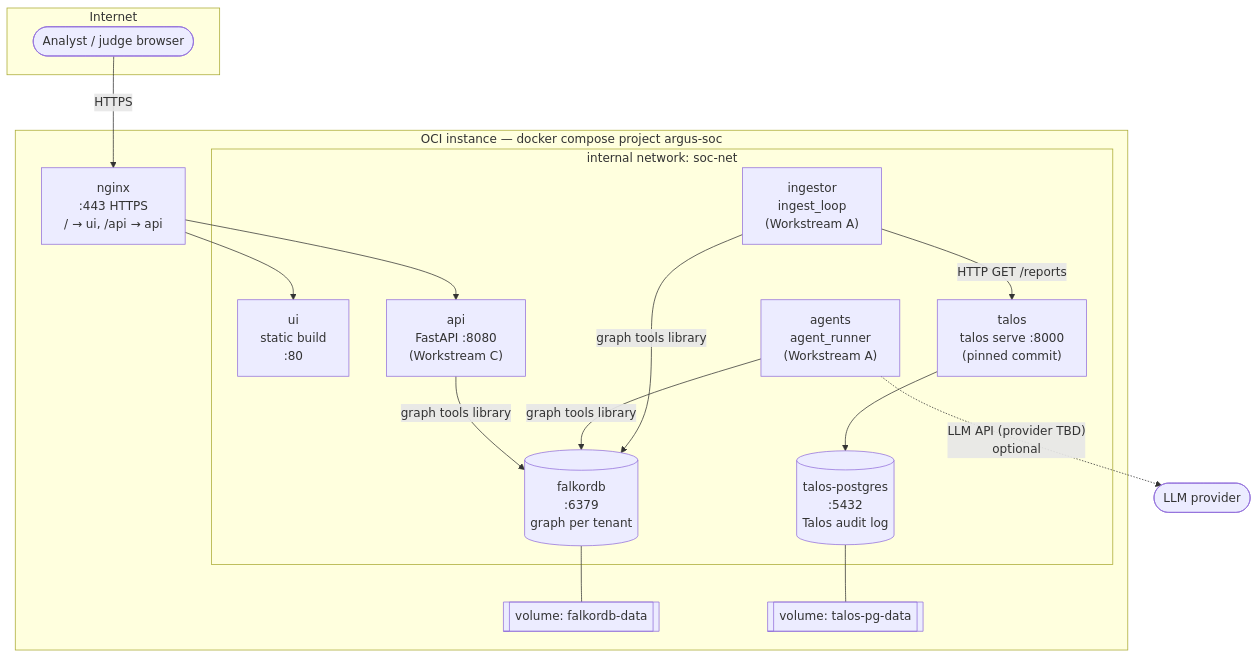
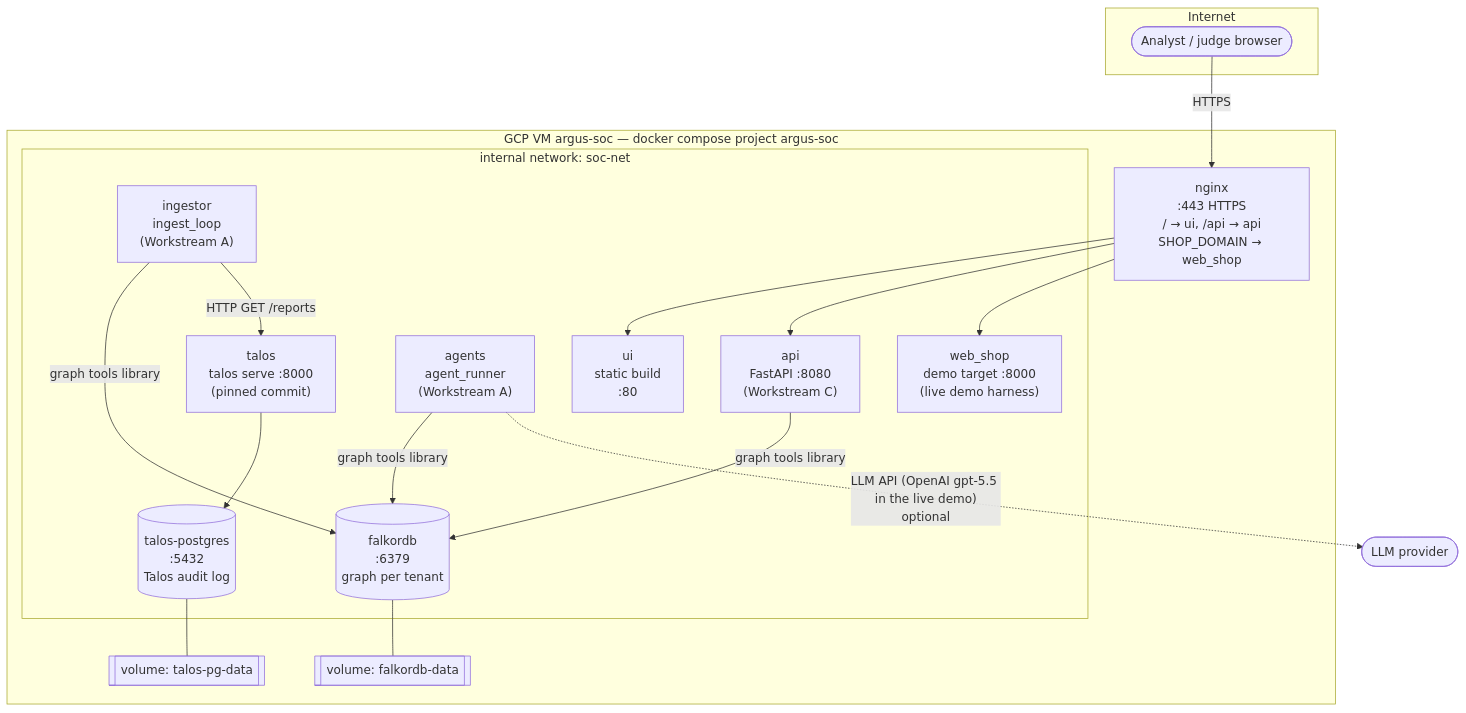
The second of 8 diagrams in docs/ARCHITECTURE.md (anandharshit712/Argus-SOC), drawn with Mermaid before and after one commit. The commit also changed other lines of this file and 12 other files, not shown here.

First line of the commit message:
docs(deploy): GCP deployment, public demo shop, docs moved off OCI

````diff
--- a/docs/ARCHITECTURE.md
+++ b/docs/ARCHITECTURE.md
@@ -55,35 +60,37 @@
 ```mermaid
 flowchart TB
     subgraph INTERNET["Internet"]
         BROWSER(["Analyst / judge browser"])
     end
 
-    subgraph OCI["OCI instance — docker compose project argus-soc"]
-        NGINX["nginx<br/>:443 HTTPS<br/>/ → ui, /api → api"]
+    subgraph VM["GCP VM argus-soc — docker compose project argus-soc"]
+        NGINX["nginx<br/>:443 HTTPS<br/>/ → ui, /api → api<br/>SHOP_DOMAIN → web_shop"]
 
         subgraph NET["internal network: soc-net"]
             UI["ui<br/>static build<br/>:80"]
             API["api<br/>FastAPI :8080<br/>(Workstream C)"]
             AGENTS["agents<br/>agent_runner<br/>(Workstream A)"]
             ING["ingestor<br/>ingest_loop<br/>(Workstream A)"]
             FDB[("falkordb<br/>:6379<br/>graph per tenant")]
             TALOS["talos<br/>talos serve :8000<br/>(pinned commit)"]
             TPG[("talos-postgres<br/>:5432<br/>Talos audit log")]
+            SHOP["web_shop<br/>demo target :8000<br/>(live demo harness)"]
         end
 
         VOLF[["volume: falkordb-data"]]
         VOLT[["volume: talos-pg-data"]]
     end
 
     BROWSER -- HTTPS --> NGINX
     NGINX --> UI
     NGINX --> API
+    NGINX --> SHOP
     API -- "graph tools library" --> FDB
     AGENTS -- "graph tools library" --> FDB
     ING -- "graph tools library" --> FDB
     ING -- "HTTP GET /reports" --> TALOS
     TALOS --> TPG
     FDB --- VOLF
     TPG --- VOLT
-    AGENTS -. "LLM API (provider TBD)<br/>optional" .-> EXT(["LLM provider"])
+    AGENTS -. "LLM API (OpenAI gpt-5.5 in the live demo)<br/>optional" .-> EXT(["LLM provider"])
 ```
````
